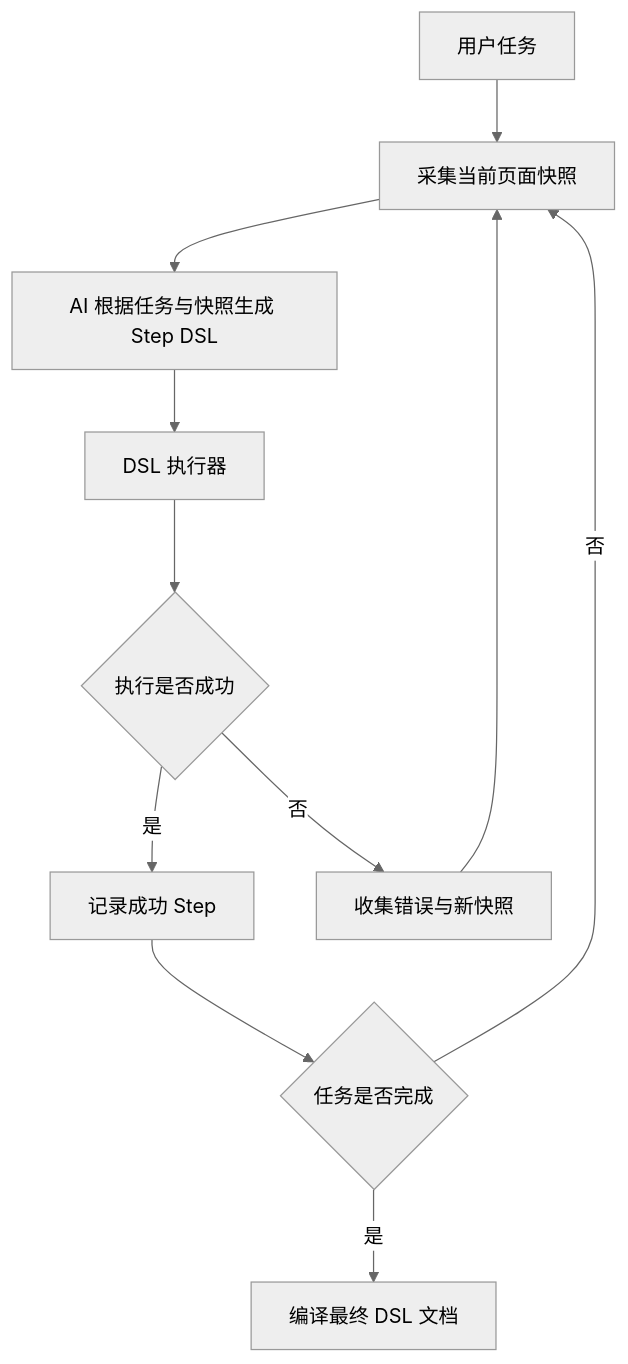
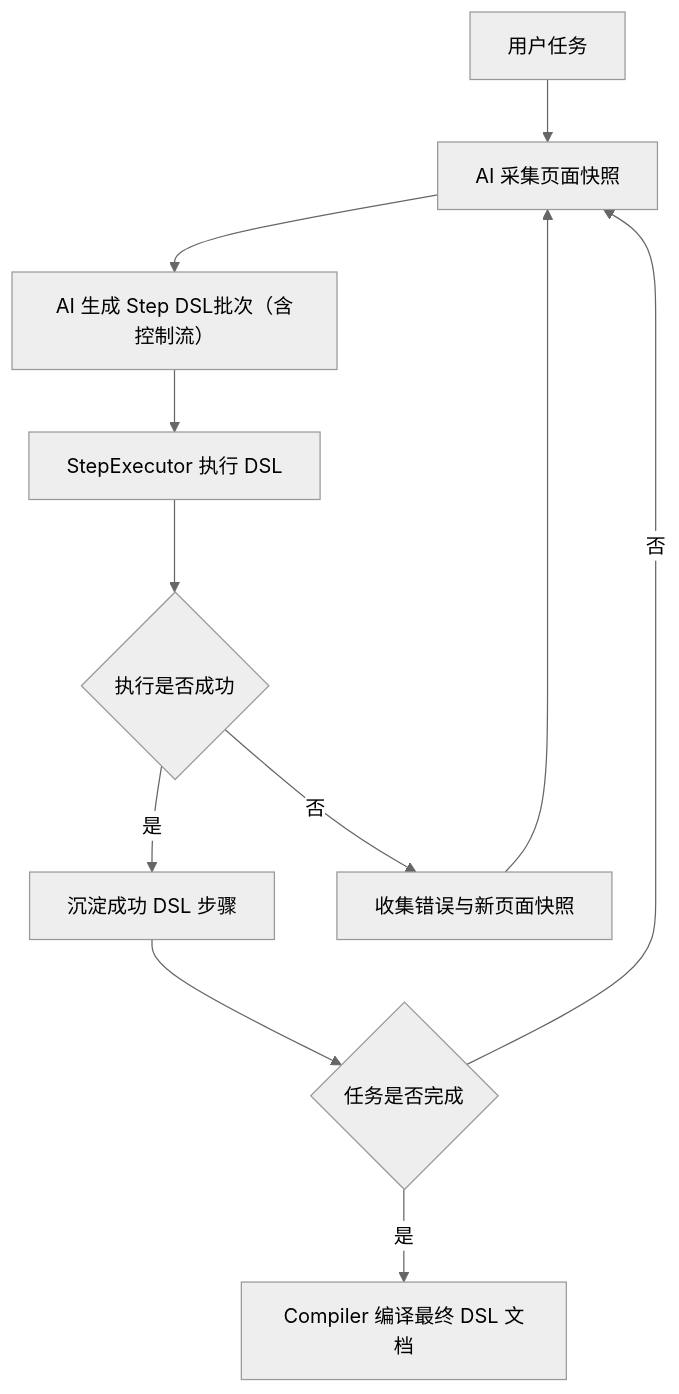
One commit to jinyan20240606/browser-myuse changed the diagram in DSL_ARCHITECTURE_DESIGN.md. Above: the diagram before and after it, drawn with Mermaid (neutral theme). The commit also changed other lines of this file and 19 other files, not shown here.

````diff
--- a/DSL_ARCHITECTURE_DESIGN.md
+++ b/DSL_ARCHITECTURE_DESIGN.md
@@ -93,13 +96,13 @@
 ```mermaid
 flowchart TD
-    A[用户任务] --> B[采集当前页面快照]
-    B --> C[AI 根据任务与快照生成 Step DSL]
-    C --> D[DSL 执行器]
+    A[用户任务] --> B[AI 采集页面快照]
+    B --> C[AI 生成 Step DSL批次（含控制流）]
+    C --> D[StepExecutor 执行 DSL]
     D --> E{执行是否成功}
-    E -->|是| F[记录成功 Step]
+    E -->|是| F[沉淀成功 DSL 步骤]
     F --> G{任务是否完成}
     G -->|否| B
-    G -->|是| H[编译最终 DSL 文档]
-    E -->|否| I[收集错误与新快照]
+    G -->|是| H[Compiler 编译最终 DSL 文档]
+    E -->|否| I[收集错误与新页面快照]
     I --> B
 ```
````
